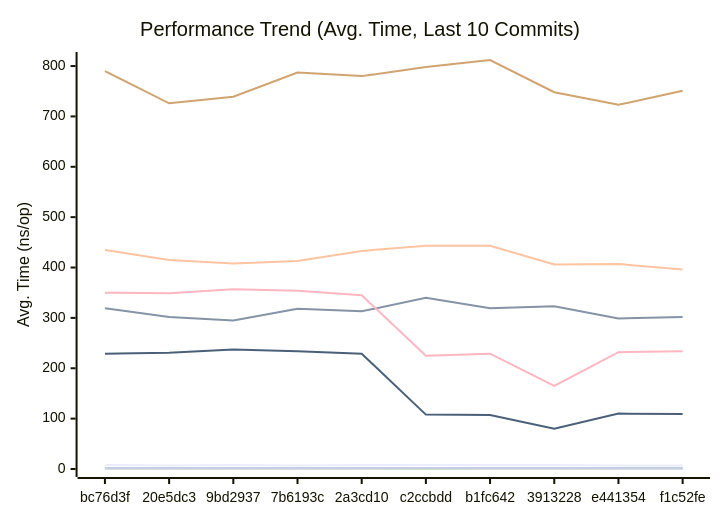
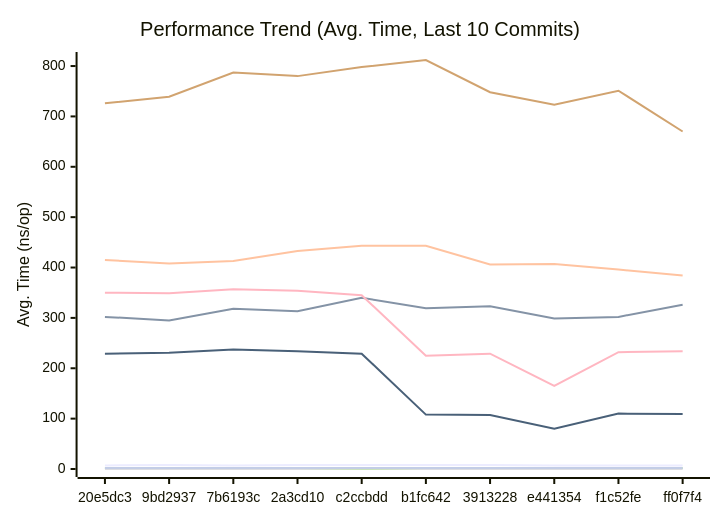
One commit to alsotoes/momo changed the first of 3 diagrams in docs/PERFORMANCE.md. Above: the diagram before and after it, drawn with Mermaid. The commit also changed other lines of this file and 3 other files, not shown here.

````diff
--- a/docs/PERFORMANCE.md
+++ b/docs/PERFORMANCE.md
@@ -80,16 +80,16 @@
 ```mermaid
 xychart-beta
     title "Performance Trend (Avg. Time, Last 10 Commits)"
     x-axis "Commit"
     y-axis "Avg. Time (ns/op)"
-    x-axis [bc76d3f,20e5dc3,9bd2937,7b6193c,2a3cd10,c2ccbdd,b1fc642,3913228,e441354,f1c52fe]
-    line "CheckMetricsAndSwap" [8,7,8,7,8,8,8,8,7,7]
-    line "CrushOptimized" [319,302,295,318,313,340,319,323,299,302]
-    line "CrushOriginal" [435,415,408,413,433,443,443,406,407,396]
+    x-axis [20e5dc3,9bd2937,7b6193c,2a3cd10,c2ccbdd,b1fc642,3913228,e441354,f1c52fe,ff0f7f4]
+    line "CheckMetricsAndSwap" [7,8,7,8,8,8,8,7,7,7]
+    line "CrushOptimized" [302,295,318,313,340,319,323,299,302,326]
+    line "CrushOriginal" [415,408,413,433,443,443,406,407,396,384]
     line "IndexDirectTracking" [0,0,0,0,0,0,0,0,0,0]
-    line "IndexSearch" [2,2,2,2,2,1,2,2,2,2]
-    line "LoadGlobalConfig" [790,726,739,787,780,798,812,748,723,751]
+    line "IndexSearch" [2,2,2,2,1,2,2,2,2,2]
+    line "LoadGlobalConfig" [726,739,787,780,798,812,748,723,751,670]
     line "PadString" [2,2,2,2,2,2,2,2,2,2]
     line "ParseReplicationOrder_NoPrealloc" [350,349,357,354,345,225,229,165,232,234]
     line "ParseReplicationOrder_Prealloc" [229,231,237,234,229,108,107,80,110,109]
 ```
````
